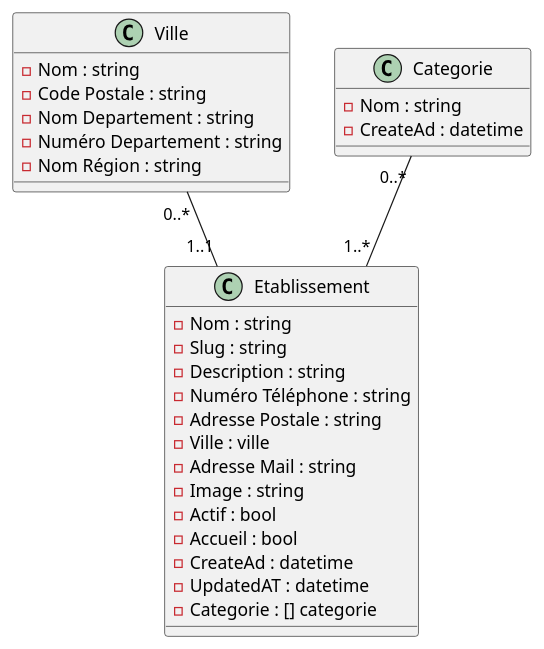
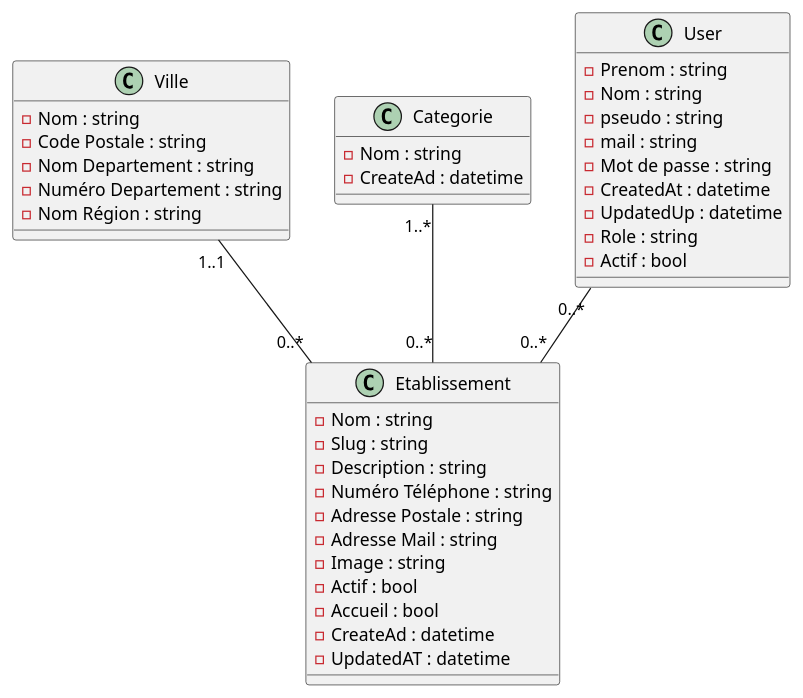
Before and after one commit to Zaldaf/FC-Tourisme: the diagram in documentation/diagramme de classe.puml, drawn with PlantUML. The commit also changed 11 other files, not shown here.

```diff
--- a/documentation/diagramme de classe.puml
+++ b/documentation/diagramme de classe.puml
@@ -1,38 +1,50 @@
 @startuml
 'https://plantuml.com/class-diagram
 
 
 class Etablissement {
 -Nom : string
 -Slug : string
 -Description : string
 -Numéro Téléphone : string
 -Adresse Postale : string
--Ville : ville
 -Adresse Mail : string
 -Image : string
 -Actif : bool
 -Accueil : bool
 -CreateAd : datetime
 -UpdatedAT : datetime
--Categorie : [] categorie
+
 }
 
 class Ville {
 -Nom : string
 -Code Postale : string
 -Nom Departement : string
 -Numéro Departement : string
 -Nom Région : string
 
 }
 
 class Categorie {
 -Nom : string
 -CreateAd : datetime
 }
 
-Ville "0..*"--"1..1" Etablissement
-Categorie "0..*"--"1..*" Etablissement
+class User {
+-Prenom : string
+-Nom : string
+-pseudo : string
+-mail : string
+-Mot de passe : string
+-CreatedAt : datetime
+-UpdatedUp : datetime
+-Role : string
+-Actif : bool
+
+}
+User "0..*"--"0..*" Etablissement
+Ville "1..1"--"0..*" Etablissement
+Categorie "1..*"--"0..*" Etablissement
 
 @enduml
```
